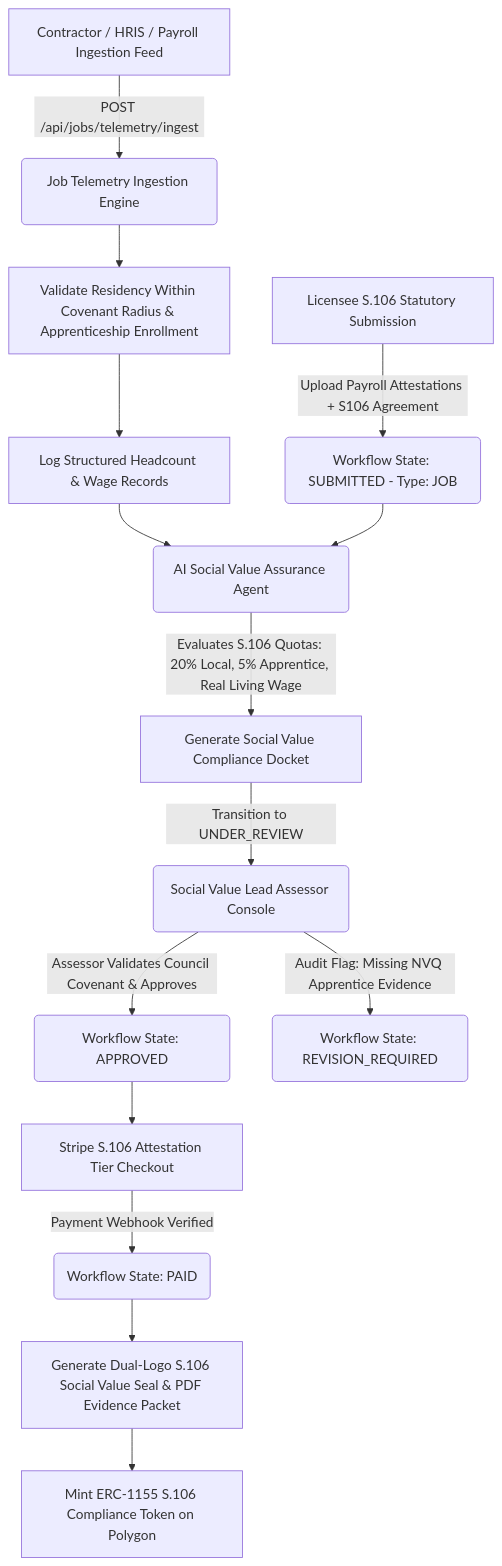
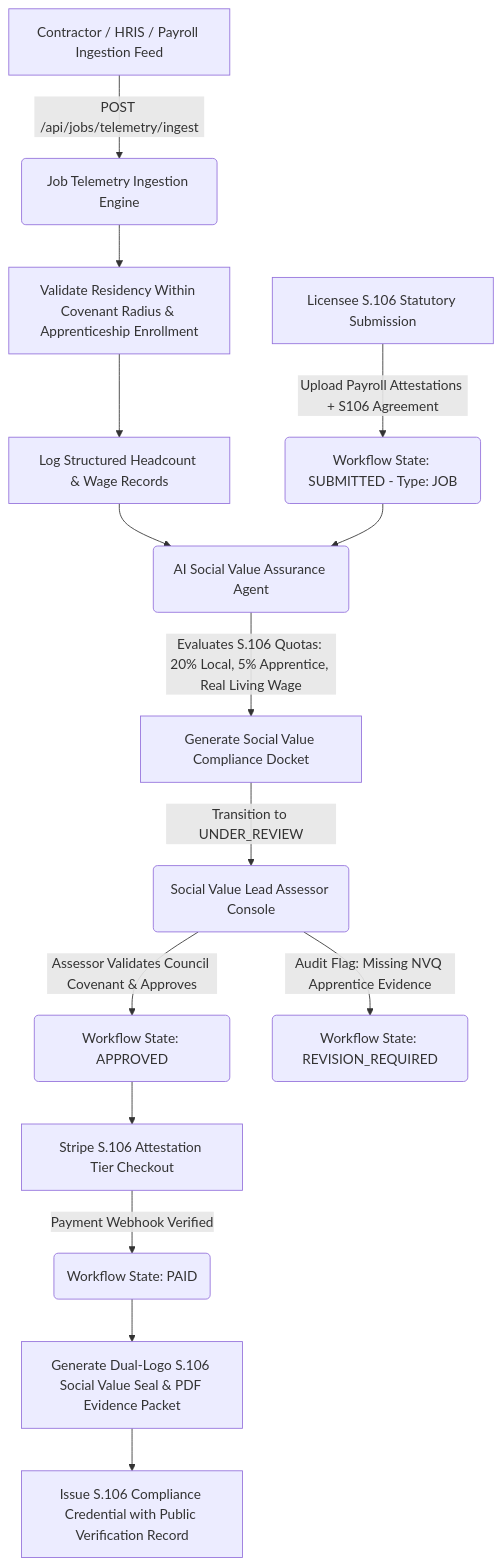
Before and after one commit to stevegee1/ghg_app: the diagram in docs/workflows/02_JOB_REPORTING.md, drawn with Mermaid. The commit also changed other lines of this file and 50 other files, not shown here.

````diff
--- a/docs/workflows/02_JOB_REPORTING.md
+++ b/docs/workflows/02_JOB_REPORTING.md
@@ -27,21 +27,21 @@
 ```mermaid
 flowchart TD
     A[Contractor / HRIS / Payroll Ingestion Feed] -->|POST /api/jobs/telemetry/ingest| B(Job Telemetry Ingestion Engine)
     B --> C[Validate Residency Within Covenant Radius & Apprenticeship Enrollment]
     C --> D[Log Structured Headcount & Wage Records]
     
     E[Licensee S.106 Statutory Submission] -->|Upload Payroll Attestations + S106 Agreement| F(Workflow State: SUBMITTED - Type: JOB)
     D --> G(AI Social Value Assurance Agent)
     F --> G
     
     G -->|Evaluates S.106 Quotas: 20% Local, 5% Apprentice, Real Living Wage| H[Generate Social Value Compliance Docket]
     H -->|Transition to UNDER_REVIEW| I(Social Value Lead Assessor Console)
     
     I -->|Assessor Validates Council Covenant & Approves| J(Workflow State: APPROVED)
     I -->|Audit Flag: Missing NVQ Apprentice Evidence| K(Workflow State: REVISION_REQUIRED)
     
     J --> L[Stripe S.106 Attestation Tier Checkout]
     L -->|Payment Webhook Verified| M(Workflow State: PAID)
     M --> N[Generate Dual-Logo S.106 Social Value Seal & PDF Evidence Packet]
-    N --> O[Mint ERC-1155 S.106 Compliance Token on Polygon]
+    N --> O[Issue S.106 Compliance Credential with Public Verification Record]
 ```
````
